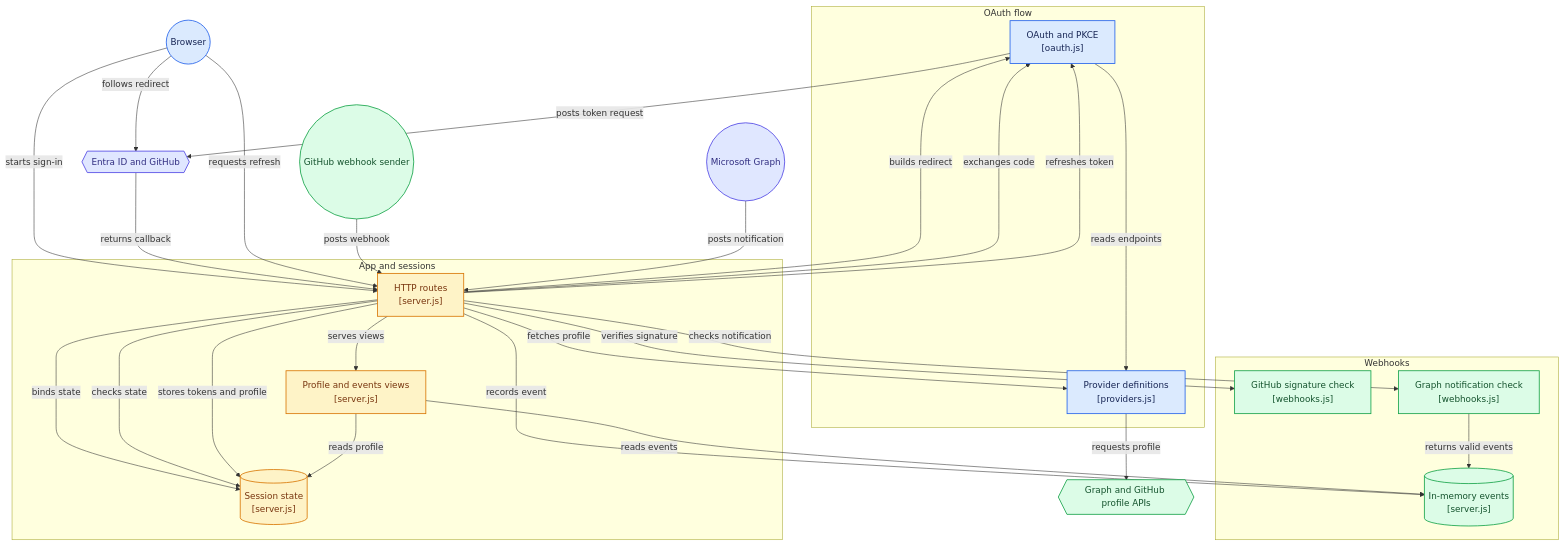
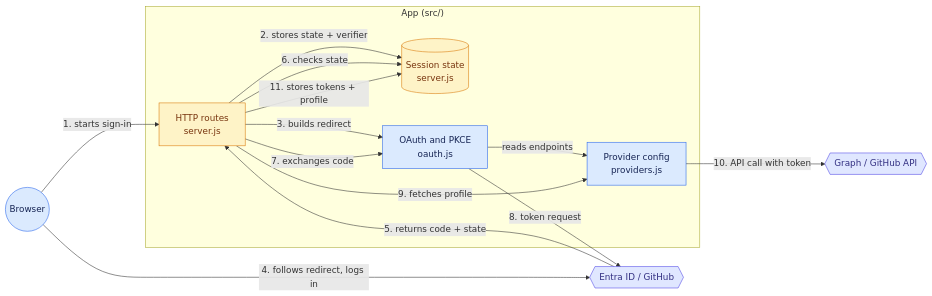
The first of 2 diagrams in README.md (manicharan0485/oauth-integration), drawn with Mermaid before and after one commit. The commit also changed other lines of this file, not shown here.

Commit message:
Split architecture diagram into sign-in and webhook diagrams
Claude-Session: https://claude.ai/code/session_01Pv4naWJobfQqUeRsgLizw9

````diff
--- a/README.md
+++ b/README.md
@@ -60,59 +62,33 @@
 ```mermaid
-flowchart TD
+flowchart LR
+  browser(("Browser"))
+  idp{{"Entra ID / GitHub"}}
+  api{{"Graph / GitHub API"}}
 
-subgraph group_auth["OAuth flow"]
-  node_oauth["OAuth and PKCE<br/>[oauth.js]"]
-  node_providers["Provider definitions<br/>[providers.js]"]
-end
+  subgraph app["App (src/)"]
+    server["HTTP routes<br/>server.js"]
+    session[("Session state<br/>server.js")]
+    oauth["OAuth and PKCE<br/>oauth.js"]
+    providers["Provider config<br/>providers.js"]
+  end
 
-subgraph group_app["App and sessions"]
-  node_server["HTTP routes<br/>[server.js]"]
-  node_session[("Session state<br/>[server.js]")]
-  node_ui["Profile and events views<br/>[server.js]"]
-end
+  browser -->|"1. starts sign-in"| server
+  server -->|"2. stores state + verifier"| session
+  server -->|"3. builds redirect"| oauth
+  oauth -->|"reads endpoints"| providers
+  browser -->|"4. follows redirect, logs in"| idp
+  idp -->|"5. returns code + state"| server
+  server -->|"6. checks state"| session
+  server -->|"7. exchanges code"| oauth
+  oauth -->|"8. token request"| idp
+  server -->|"9. fetches profile"| providers
+  providers -->|"10. API call with token"| api
+  server -->|"11. stores tokens + profile"| session
 
-subgraph group_hooks["Webhooks"]
-  node_github_hook["GitHub signature check<br/>[webhooks.js]"]
-  node_graph_hook["Graph notification check<br/>[webhooks.js]"]
-  node_event_log[("In-memory events<br/>[server.js]")]
-end
-
-node_browser(("Browser"))
-node_identity{{"Entra ID and GitHub"}}
-node_profile_apis{{"Graph and GitHub profile APIs"}}
-node_github_sender(("GitHub webhook sender"))
-node_graph_sender(("Microsoft Graph"))
-
-node_browser -->|"starts sign-in"| node_server
-node_server -->|"binds state"| node_session
-node_server -->|"builds redirect"| node_oauth
-node_oauth -->|"reads endpoints"| node_providers
-node_browser -->|"follows redirect"| node_identity
-node_identity -->|"returns callback"| node_server
-node_server -->|"checks state"| node_session
-node_server -->|"exchanges code"| node_oauth
-node_oauth -->|"posts token request"| node_identity
-node_server -->|"fetches profile"| node_providers
-node_providers -->|"requests profile"| node_profile_apis
-node_server -->|"stores tokens and profile"| node_session
-node_browser -->|"requests refresh"| node_server
-node_server -->|"refreshes token"| node_oauth
-node_server -->|"serves views"| node_ui
-node_ui -->|"reads profile"| node_session
-node_github_sender -->|"posts webhook"| node_server
-node_server -->|"verifies signature"| node_github_hook
-node_server -->|"records event"| node_event_log
-node_graph_sender -->|"posts notification"| node_server
-node_server -->|"checks notification"| node_graph_hook
-node_graph_hook -->|"returns valid events"| node_event_log
-node_ui -->|"reads events"| node_event_log
-
-classDef toneBlue fill:#dbeafe,stroke:#2563eb,stroke-width:1.5px,color:#172554
-classDef toneAmber fill:#fef3c7,stroke:#d97706,stroke-width:1.5px,color:#78350f
-classDef toneMint fill:#dcfce7,stroke:#16a34a,stroke-width:1.5px,color:#14532d
-classDef toneIndigo fill:#e0e7ff,stroke:#4f46e5,stroke-width:1.5px,color:#312e81
-class node_oauth,node_providers,node_browser toneBlue
-class node_server,node_session,node_ui toneAmber
-class node_github_hook,node_graph_hook,node_event_log,node_profile_apis,node_github_sender toneMint
-class node_identity,node_graph_sender toneIndigo
+  classDef blue fill:#dbeafe,stroke:#2563eb,color:#172554
+  classDef amber fill:#fef3c7,stroke:#d97706,color:#78350f
+  classDef indigo fill:#e0e7ff,stroke:#4f46e5,color:#312e81
+  class oauth,providers,browser blue
+  class server,session amber
+  class idp,api indigo
 ```
````
